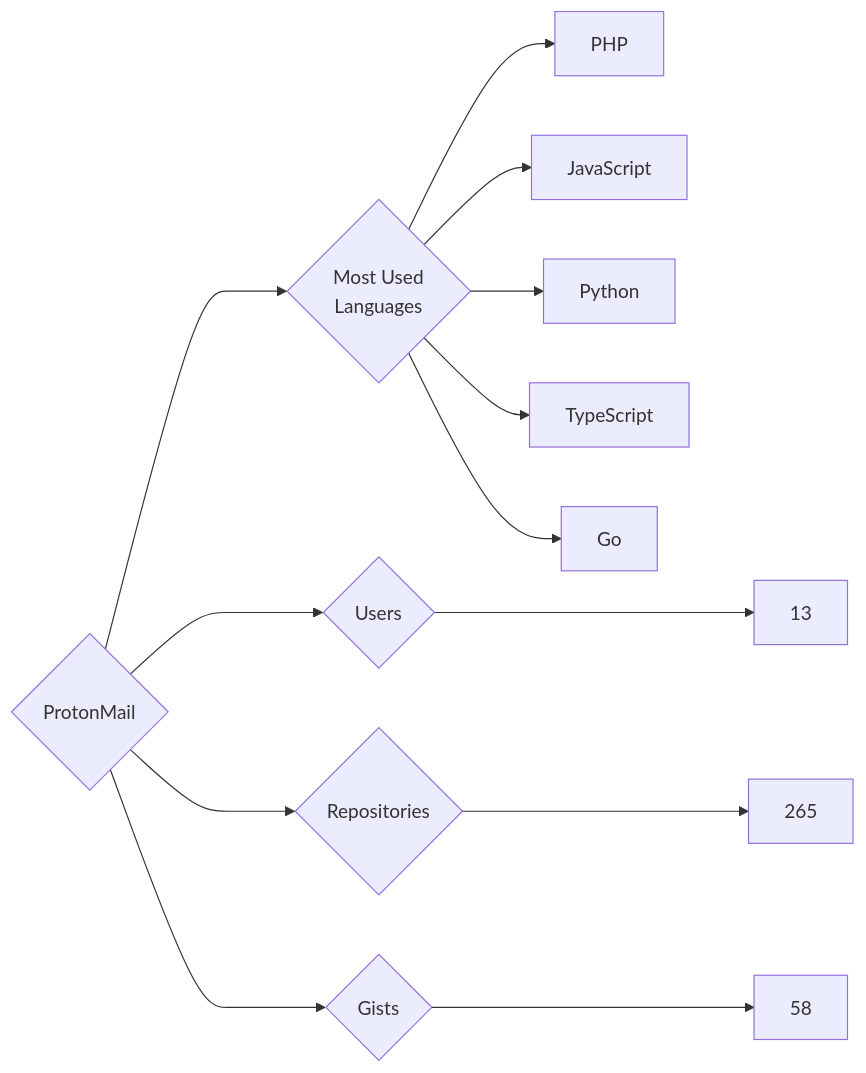
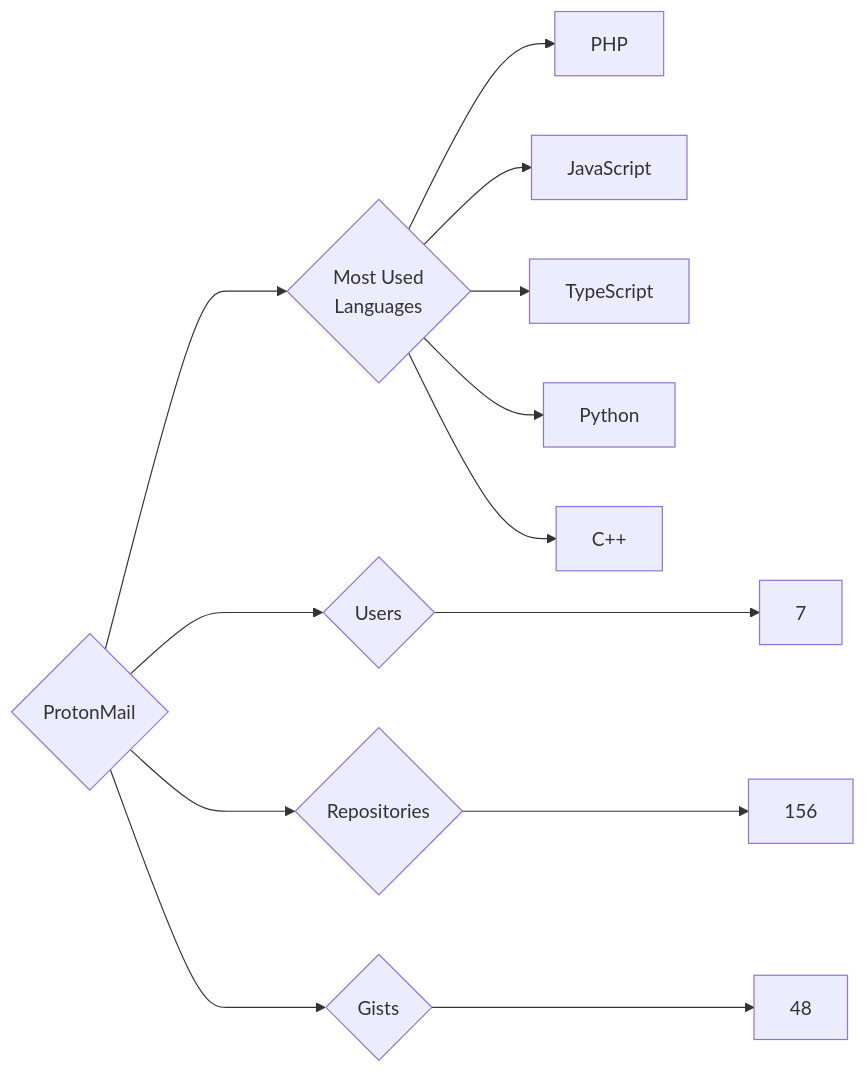
The diagram in targets/ProtonMail/README.md (trickest/insiders), drawn with Mermaid before and after one commit. The commit also changed 794 other files, not shown here.

````diff
--- a/targets/ProtonMail/README.md
+++ b/targets/ProtonMail/README.md
@@ -3,13 +3,13 @@
 ```mermaid
 graph LR
 COMPANY_NAME{ProtonMail}
-COMPANY_NAME ---> U{Users} ---> UN[13]
-COMPANY_NAME ---> R{Repositories} ---> RN[265]
-COMPANY_NAME ---> G{Gists} ---> GN[58]
+COMPANY_NAME ---> U{Users} ---> UN[7]
+COMPANY_NAME ---> R{Repositories} ---> RN[156]
+COMPANY_NAME ---> G{Gists} ---> GN[48]
 COMPANY_NAME ---> ML{Most Used<br>Languages}
 ML --> PHP[PHP]
 ML --> JavaScript[JavaScript]
+ML --> TypeScript[TypeScript]
 ML --> Python[Python]
-ML --> TypeScript[TypeScript]
-ML --> Go[Go]
+ML --> C++[C++]
 ```
````
